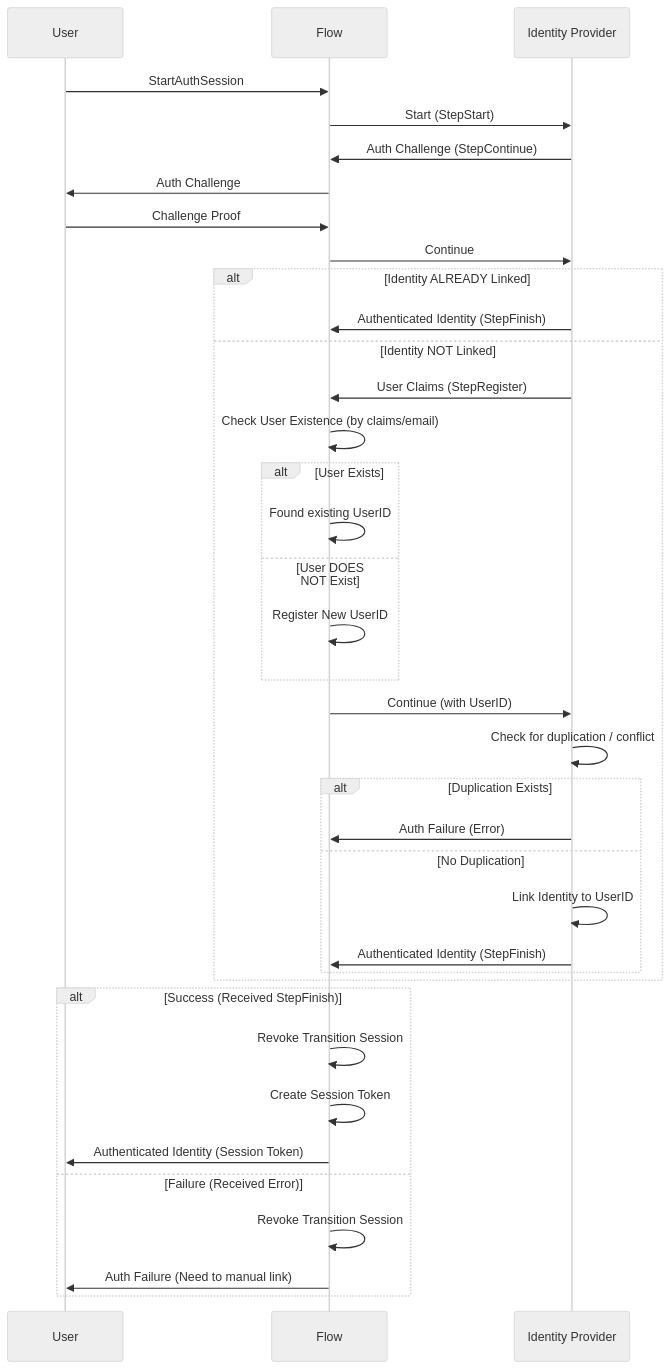
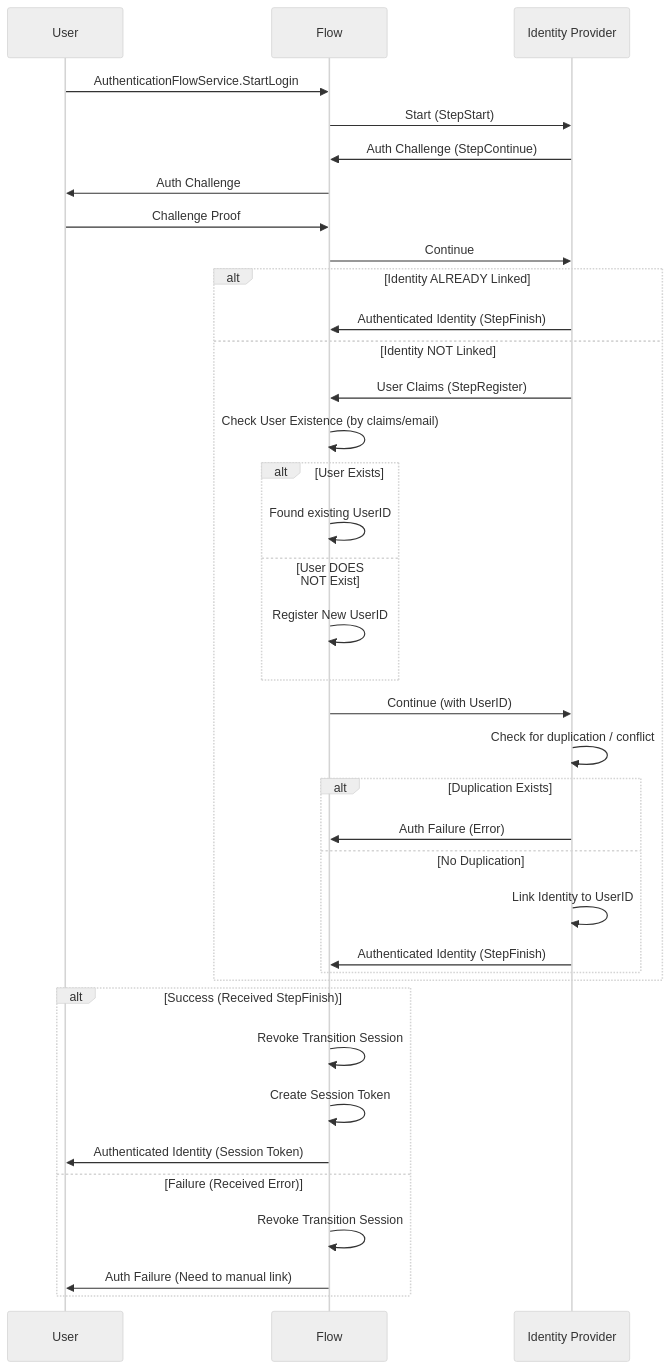
One commit to Muisnow-Devs/muid changed the diagram in docs/AUTH_FLOW.md. Above: the diagram before and after it, drawn with Mermaid (neutral theme). The commit also changed 4 other files, not shown here.

````diff
--- a/docs/AUTH_FLOW.md
+++ b/docs/AUTH_FLOW.md
@@ -1,55 +1,55 @@
 ```mermaid
 sequenceDiagram
     participant U as User
     participant F as Flow
     participant I as Identity Provider
 
-    U ->> F: StartAuthSession
+    U ->> F: AuthenticationFlowService.StartLogin
     F ->> I: Start (StepStart)
     I ->> F: Auth Challenge (StepContinue)
     F ->> U: Auth Challenge
 
     U ->> F: Challenge Proof
     F ->> I: Continue
     
     %% IdP checks its own linking state first
     alt Identity ALREADY Linked
         I ->> F: Authenticated Identity (StepFinish)
     else Identity NOT Linked
         %% Callback to Flow to resolve UserID
         I ->> F: User Claims (StepRegister)
         
         %% Flow acts as the source of truth for User existence
         F ->> F: Check User Existence (by claims/email)
         alt User Exists
             F ->> F: Found existing UserID
         else User DOES NOT Exist
             F ->> F: Register New UserID
         end
         
         %% Flow returns the resolved UserID back to IdP
         F ->> I: Continue (with UserID)
         
         %% IdP validates the UserID for duplication / linking policies
         I ->> I: Check for duplication / conflict
         
         alt Duplication Exists
             %% e.g., triggering the "need to manual link" logic because the user_id 
             %% already has conflicts or strict linking rules apply
             I ->> F: Auth Failure (Error)
         else No Duplication
             I ->> I: Link Identity to UserID
             I ->> F: Authenticated Identity (StepFinish)
         end
     end
 
     %% Flow handles the final resolution to the User
     alt Success (Received StepFinish)
         F ->> F: Revoke Transition Session
         F ->> F: Create Session Token
         F ->> U: Authenticated Identity (Session Token)
     else Failure (Received Error)
         F ->> F: Revoke Transition Session
         F ->> U: Auth Failure (Need to manual link)
     end
 ```
````
